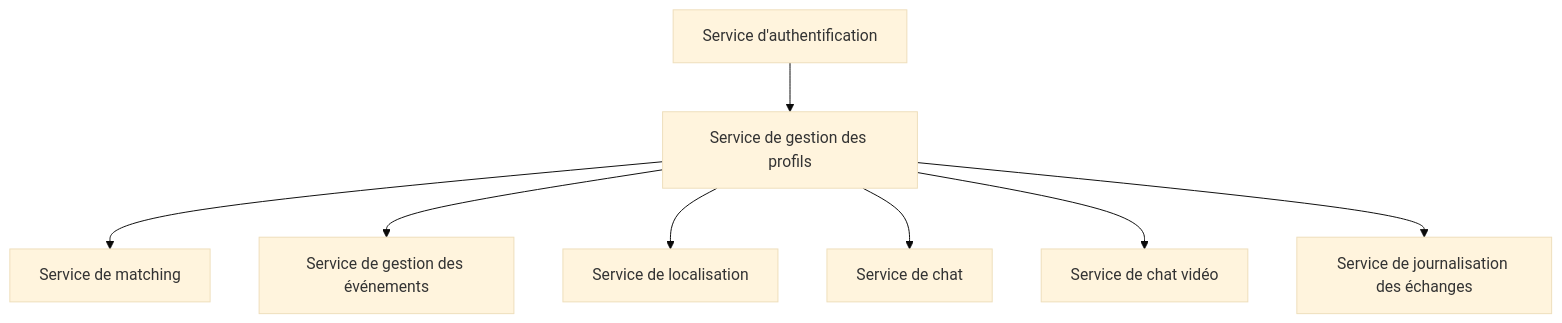
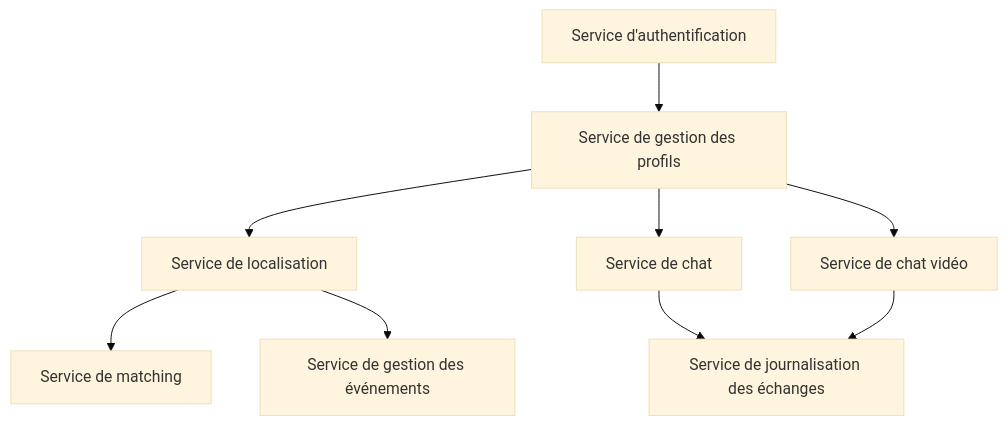
The diagram in readme.md (maxlestage/Master-Ynov), drawn with Mermaid (base theme) before and after one commit.

````diff
--- a/readme.md
+++ b/readme.md
@@ -28,10 +28,10 @@
 ```mermaid
 graph TD;
     A[Service d'authentification] --> B[Service de gestion des profils];
-    B --> C[Service de matching];
-    B --> D[Service de gestion des événements];
+    E --> C[Service de matching];
+    E --> D[Service de gestion des événements];
     B --> E[Service de localisation];
     B --> F[Service de chat];
     B --> G[Service de chat vidéo];
-    B --> H[Service de journalisation des échanges];
+    F & G--> H[Service de journalisation des échanges];
 ```
````
